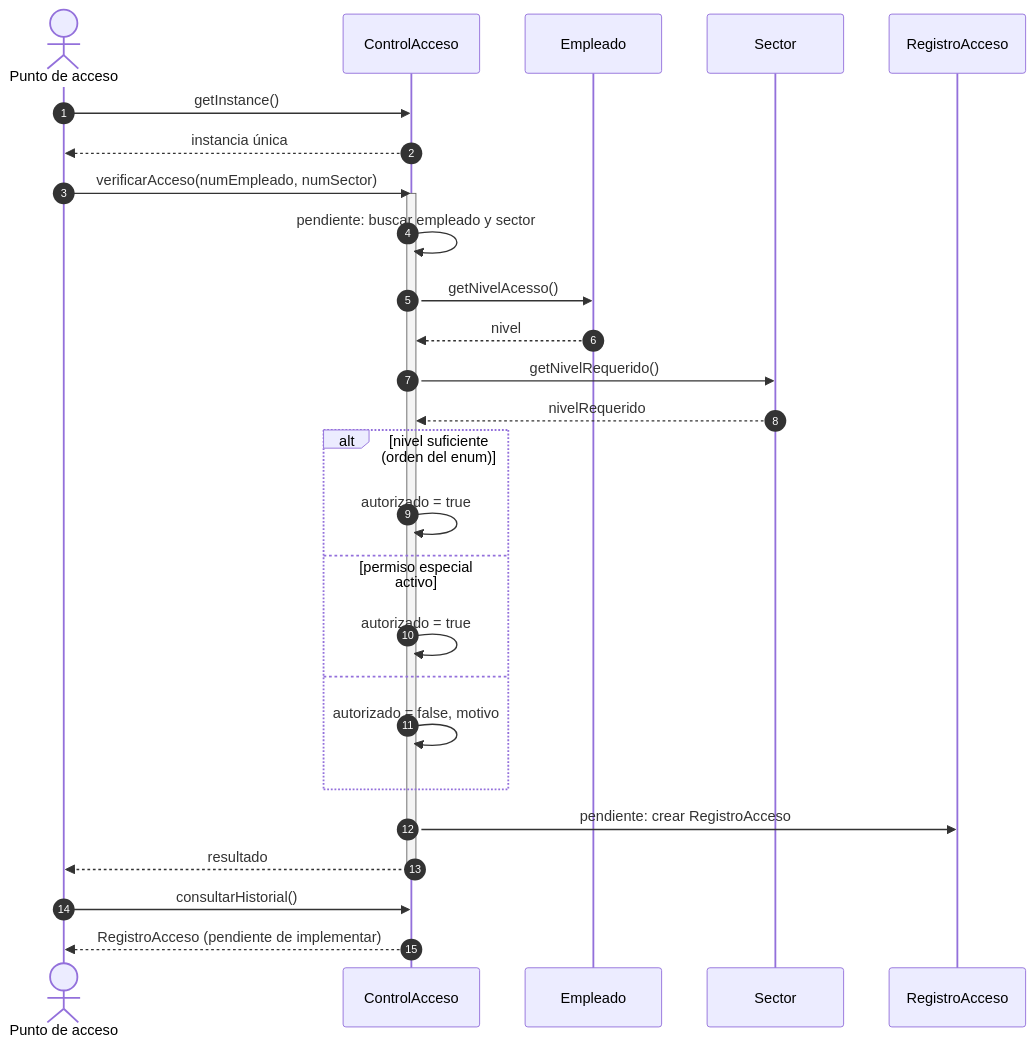
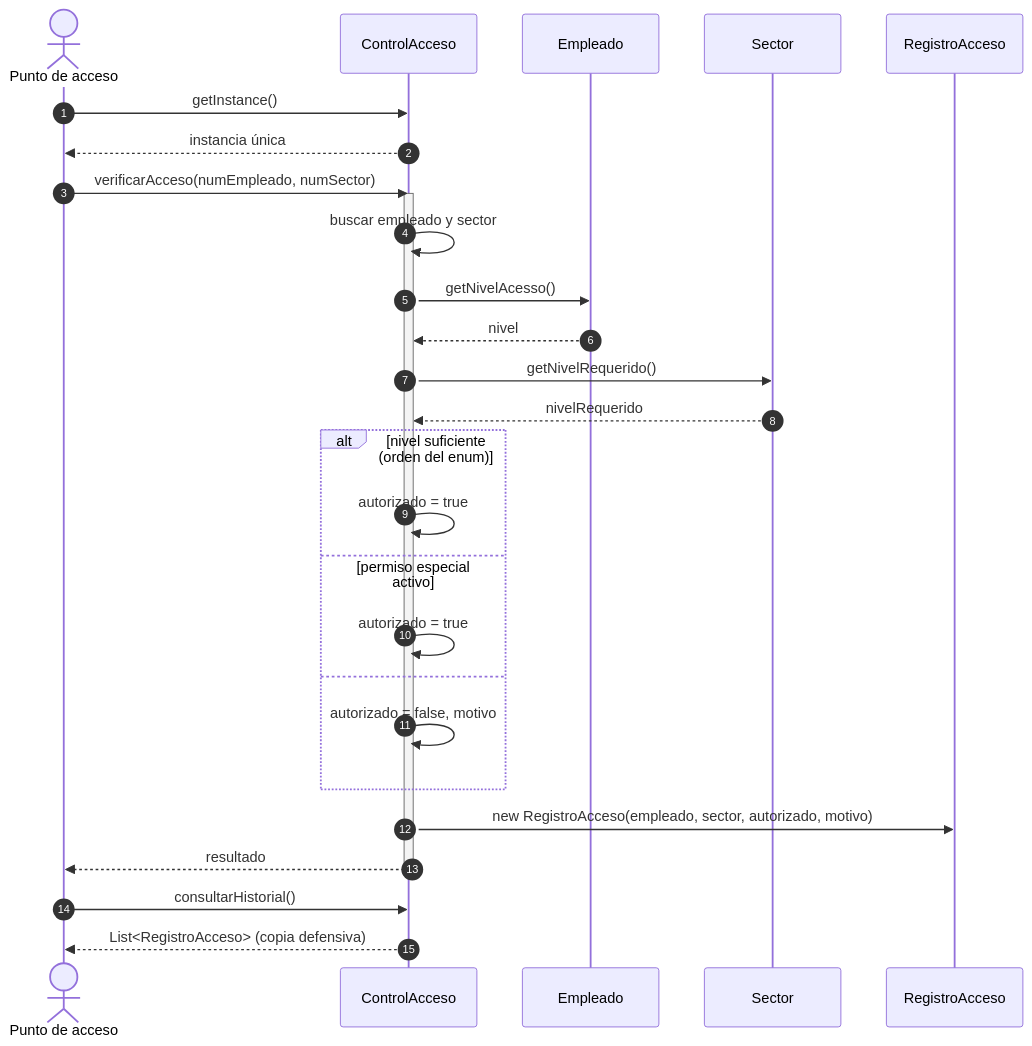
Before and after one commit to PatronSingleton-DisenoSoftware/Patron-Singleton-Software-EGI: the diagram in docs/EGI-Patron-Singleton.md, drawn with Mermaid. The commit also changed other lines of this file and 11 other files, not shown here.

Commit message:
Implementa consulta de historial con copia defensiva, formateo de registros y actualiza documentacion y diagramas

````diff
--- a/docs/EGI-Patron-Singleton.md
+++ b/docs/EGI-Patron-Singleton.md
@@ -213,31 +207,31 @@
 ```mermaid
 sequenceDiagram
     autonumber
     actor PA as Punto de acceso
     participant CA as ControlAcceso
     participant EM as Empleado
     participant SE as Sector
     participant RE as RegistroAcceso
 
     PA->>CA: getInstance()
     CA-->>PA: instancia única
     PA->>CA: verificarAcceso(numEmpleado, numSector)
     activate CA
-    CA->>CA: pendiente: buscar empleado y sector
+    CA->>CA: buscar empleado y sector
     CA->>EM: getNivelAcesso()
     EM-->>CA: nivel
     CA->>SE: getNivelRequerido()
     SE-->>CA: nivelRequerido
     alt nivel suficiente (orden del enum)
         CA->>CA: autorizado = true
     else permiso especial activo
         CA->>CA: autorizado = true
     else
         CA->>CA: autorizado = false, motivo
     end
-    CA->>RE: pendiente: crear RegistroAcceso
+    CA->>RE: new RegistroAcceso(empleado, sector, autorizado, motivo)
     CA-->>PA: resultado
     deactivate CA
     PA->>CA: consultarHistorial()
-    CA-->>PA: RegistroAcceso (pendiente de implementar)
+    CA-->>PA: List<RegistroAcceso> (copia defensiva)
 ```
````
